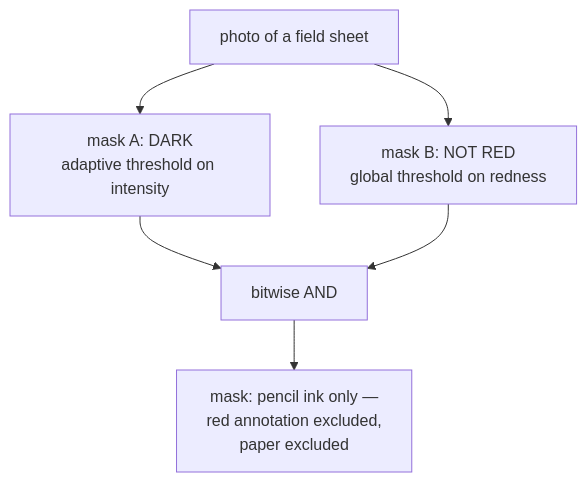
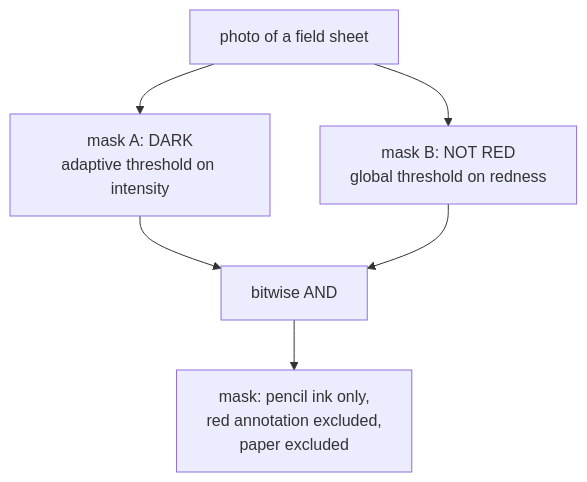
One commit to jennarbates/StratigraphyGenerator changed the diagram in docs/cs/binary-masks-and-bitwise-operations.md. Above: the diagram before and after it, drawn with Mermaid. The commit also changed other lines of this file and 309 other files, not shown here.

````diff
--- a/docs/cs/binary-masks-and-bitwise-operations.md
+++ b/docs/cs/binary-masks-and-bitwise-operations.md
@@ -42,9 +42,9 @@
 ```mermaid
 flowchart TB
   Img["photo of a field sheet"]
   Img --> D["mask A: DARK<br/>adaptive threshold on intensity"]
   Img --> R["mask B: NOT RED<br/>global threshold on redness"]
   D --> And["bitwise AND"]
   R --> And
-  And --> Out["mask: pencil ink only —<br/>red annotation excluded,<br/>paper excluded"]
+  And --> Out["mask: pencil ink only,<br/>red annotation excluded,<br/>paper excluded"]
 ```
````
